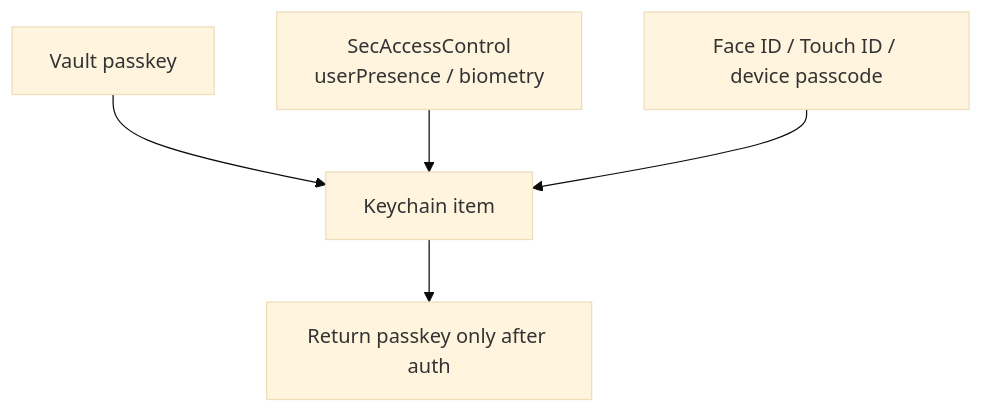
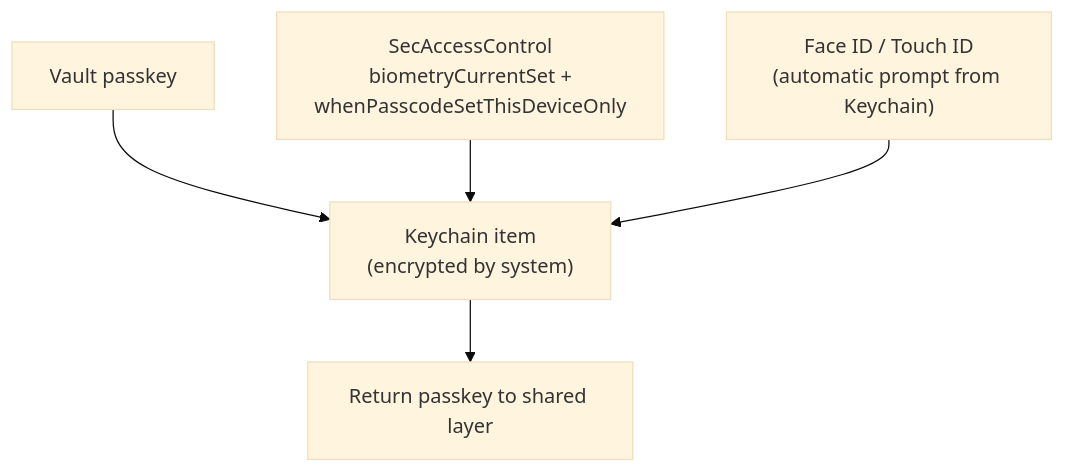
One commit to championswimmer/TwoFac changed the sixth of 8 diagrams in docs/blogs/03-secure-session-management.md. Above: the diagram before and after it, drawn with Mermaid (base theme). The commit also changed other lines of this file and 1 other file, not shown here.

First line of the commit message:
feat(ios): store vault passkey in Keychain with biometric protection

````diff
--- a/docs/blogs/03-secure-session-management.md
+++ b/docs/blogs/03-secure-session-management.md
@@ -280,13 +253,13 @@
 ```mermaid
 flowchart TD
     Passkey["Vault passkey"]
-    Keychain["Keychain item"]
-    Access["SecAccessControl<br/>userPresence / biometry"]
-    LA["Face ID / Touch ID / device passcode"]
-    Unlock["Return passkey only after auth"]
+    AccessCtrl["SecAccessControl<br/>biometryCurrentSet +<br/>whenPasscodeSetThisDeviceOnly"]
+    Keychain["Keychain item<br/>(encrypted by system)"]
+    FaceID["Face ID / Touch ID<br/>(automatic prompt from Keychain)"]
+    Unlock["Return passkey to shared layer"]
 
     Passkey --> Keychain
-    Access --> Keychain
-    LA --> Keychain
+    AccessCtrl --> Keychain
+    FaceID --> Keychain
     Keychain --> Unlock
 ```
````
